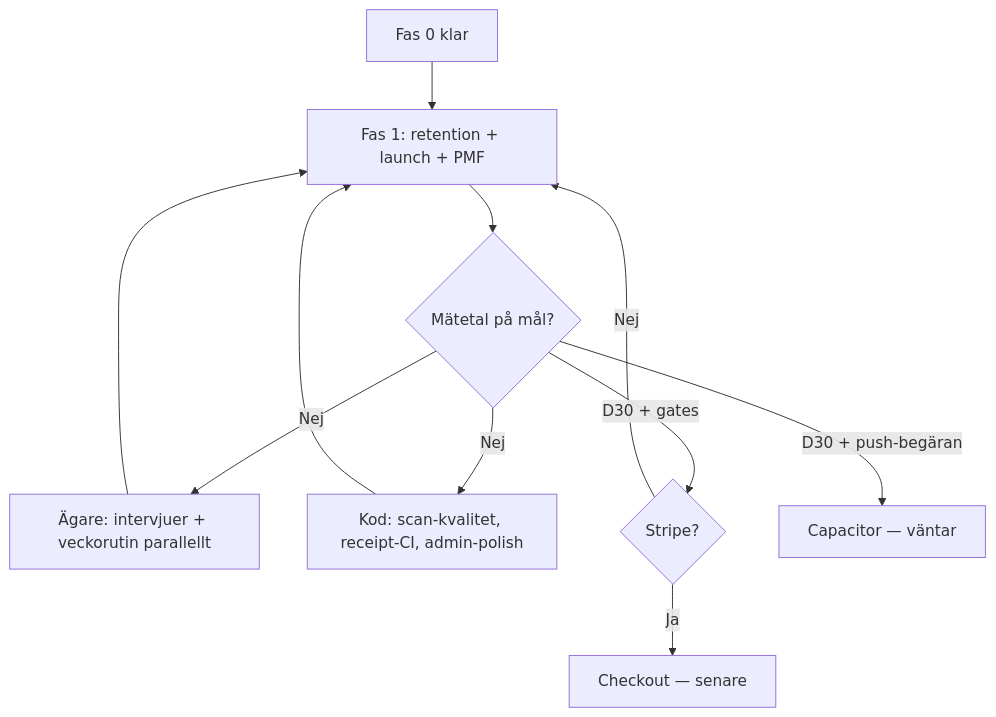
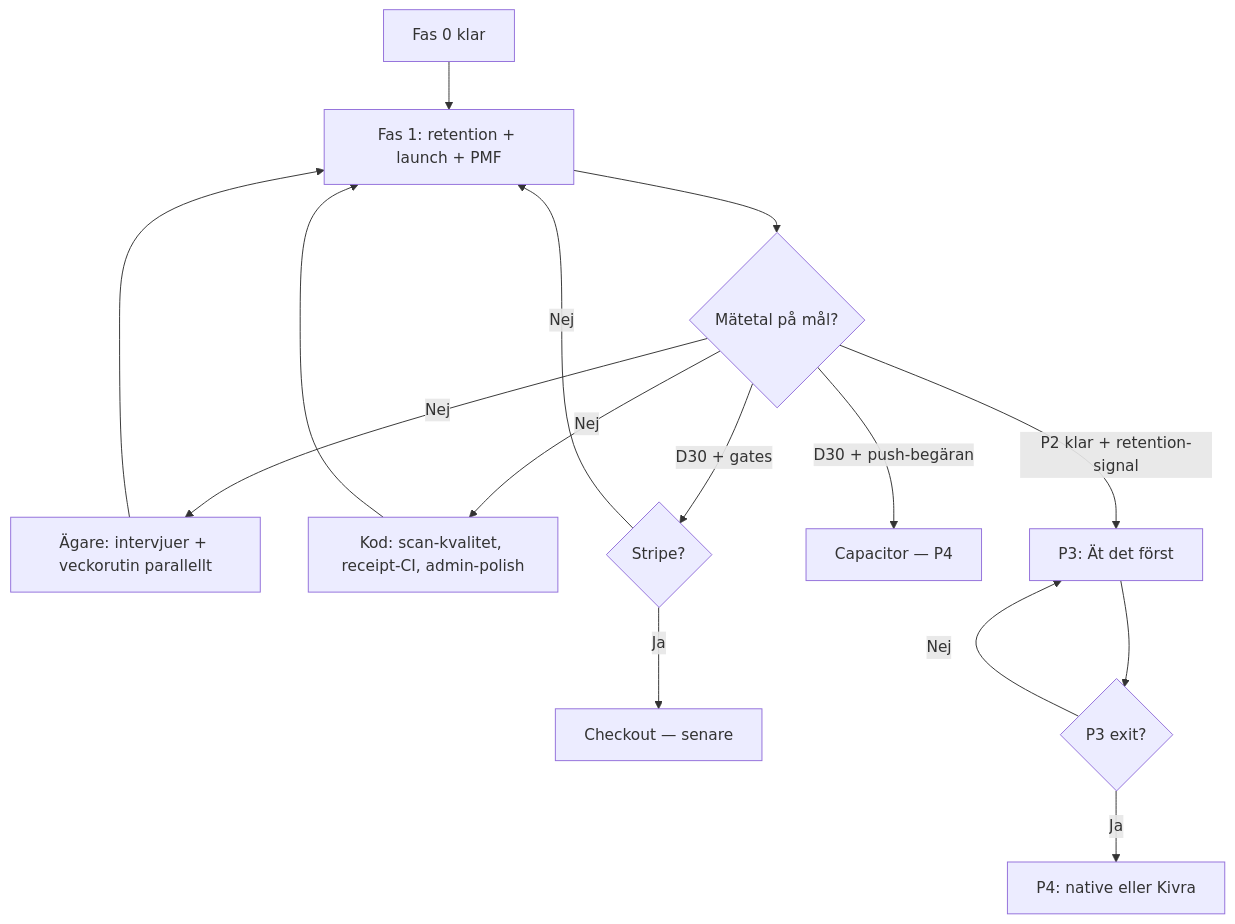
Before and after one commit to arpi09/grocery-manager: the diagram in docs/ROADMAP.md, drawn with Mermaid. The commit also changed other lines of this file, not shown here.

Commit message:
docs(roadmap): add P2 exit, P3 killer features, and P4 platform stretch

````diff
--- a/docs/ROADMAP.md
+++ b/docs/ROADMAP.md
@@ -225,13 +293,17 @@
 ```mermaid
 flowchart TD
     A[Fas 0 klar] --> B[Fas 1: retention + launch + PMF]
     B --> C{Mätetal på mål?}
     C -->|Nej| D[Ägare: intervjuer + veckorutin parallellt]
     C -->|Nej| E[Kod: scan-kvalitet, receipt-CI, admin-polish]
     D --> B
     E --> B
     C -->|D30 + gates| F{Stripe?}
     F -->|Ja| G[Checkout — senare]
     F -->|Nej| B
-    C -->|D30 + push-begäran| H[Capacitor — väntar]
+    C -->|D30 + push-begäran| H[Capacitor — P4]
+    C -->|P2 klar + retention-signal| I[P3: Ät det först]
+    I --> J{P3 exit?}
+    J -->|Ja| K[P4: native eller Kivra]
+    J -->|Nej| I
 ```
````
